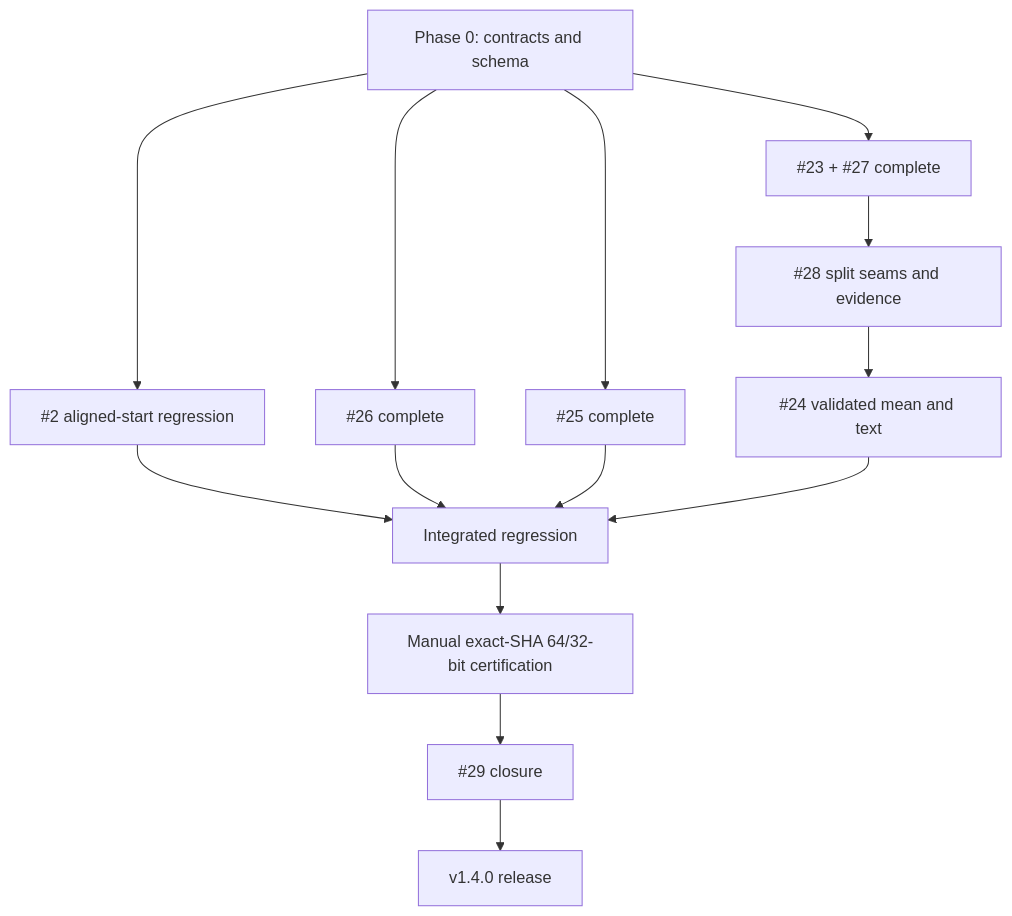
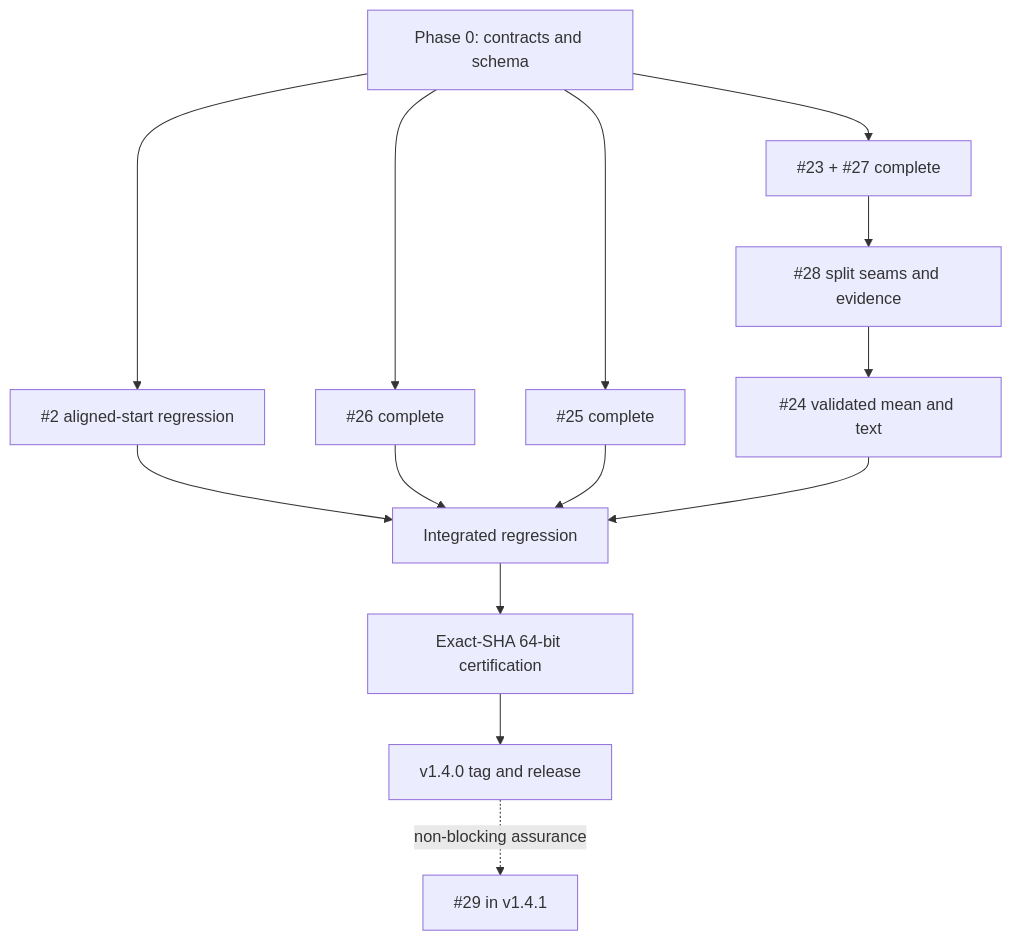
The diagram in docs/V1.4.0_IMPLEMENTATION_AND_RELEASE_PLAN.md (danielep71/VBA-PERFORMANCE_MANAGER), drawn with Mermaid before and after one commit. The commit also changed other lines of this file, not shown here.

Commit message:
docs(release): reconcile #29 deferral and evidence state

````diff
--- a/docs/V1.4.0_IMPLEMENTATION_AND_RELEASE_PLAN.md
+++ b/docs/V1.4.0_IMPLEMENTATION_AND_RELEASE_PLAN.md
@@ -175,16 +196,16 @@
 ```mermaid
 flowchart TD
   P0["Phase 0: contracts and schema"] --> I23["#23 + #27 complete"]
   P0 --> I2["#2 aligned-start regression"]
   P0 --> I26["#26 complete"]
   P0 --> I25["#25 complete"]
   I23 --> I28["#28 split seams and evidence"]
   I28 --> I24["#24 validated mean and text"]
   I2 --> INT["Integrated regression"]
   I26 --> INT["Integrated regression"]
   I25 --> INT
   I24 --> INT
-  INT --> CERT["Manual exact-SHA 64/32-bit certification"]
-  CERT --> I29["#29 closure"]
-  I29 --> REL["v1.4.0 release"]
+  INT --> CERT["Exact-SHA 64-bit certification"]
+  CERT --> REL["v1.4.0 tag and release"]
+  REL -. "non-blocking assurance" .-> I29["#29 in v1.4.1"]
 ```
````
